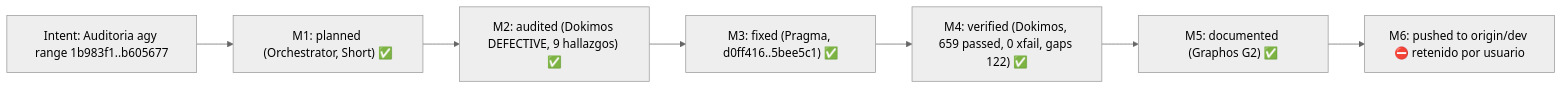
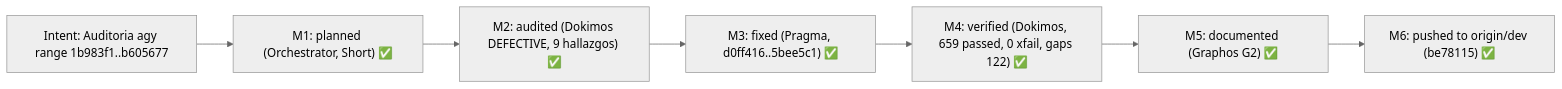
Before and after one commit to ancrz/agent-execution-plane: the second of 9 diagrams in docs/MILESTONES.md, drawn with Mermaid (neutral theme). The commit also changed other lines of this file and 3 other files, not shown here.

````diff
--- a/docs/MILESTONES.md
+++ b/docs/MILESTONES.md
@@ -225,9 +225,9 @@
 ```mermaid
 flowchart LR
     I5["Intent: Auditoria agy range 1b983f1..b605677"] --> N1["M1: planned (Orchestrator, Short) ✅"]
     N1 --> N2["M2: audited (Dokimos DEFECTIVE, 9 hallazgos) ✅"]
     N2 --> N3["M3: fixed (Pragma, d0ff416..5bee5c1) ✅"]
     N3 --> N4["M4: verified (Dokimos, 659 passed, 0 xfail, gaps 122) ✅"]
     N4 --> N5["M5: documented (Graphos G2) ✅"]
-    N5 --> N6["M6: pushed to origin/dev ⛔ retenido por usuario"]
+    N5 --> N6["M6: pushed to origin/dev (be78115) ✅"]
 ```
````
